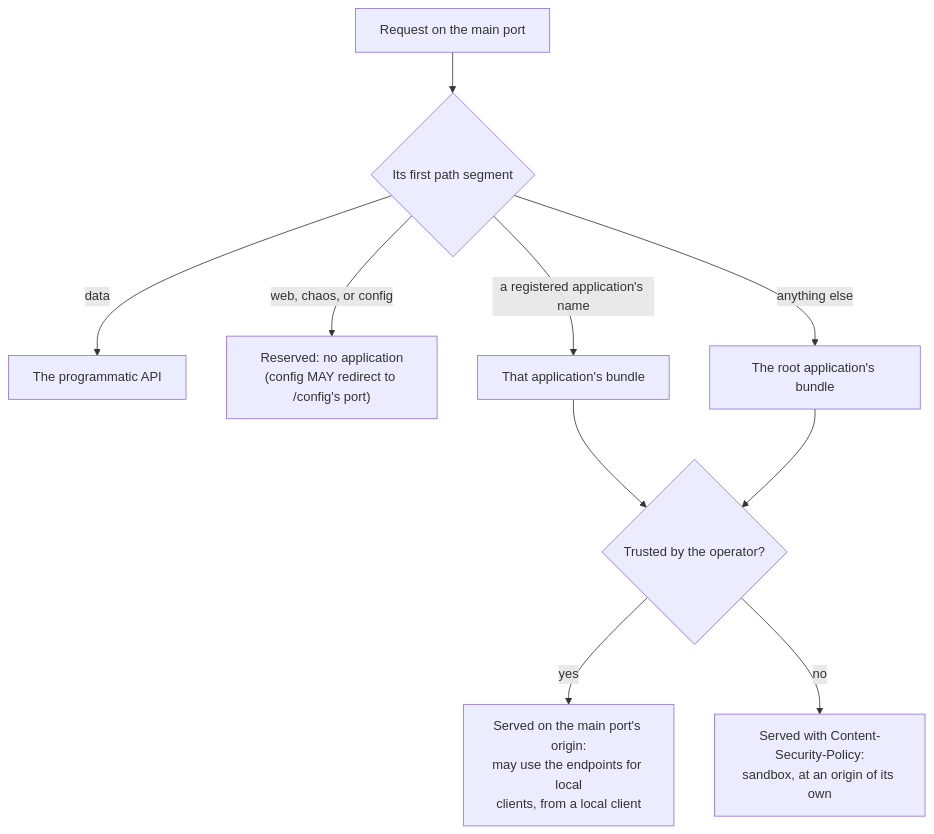
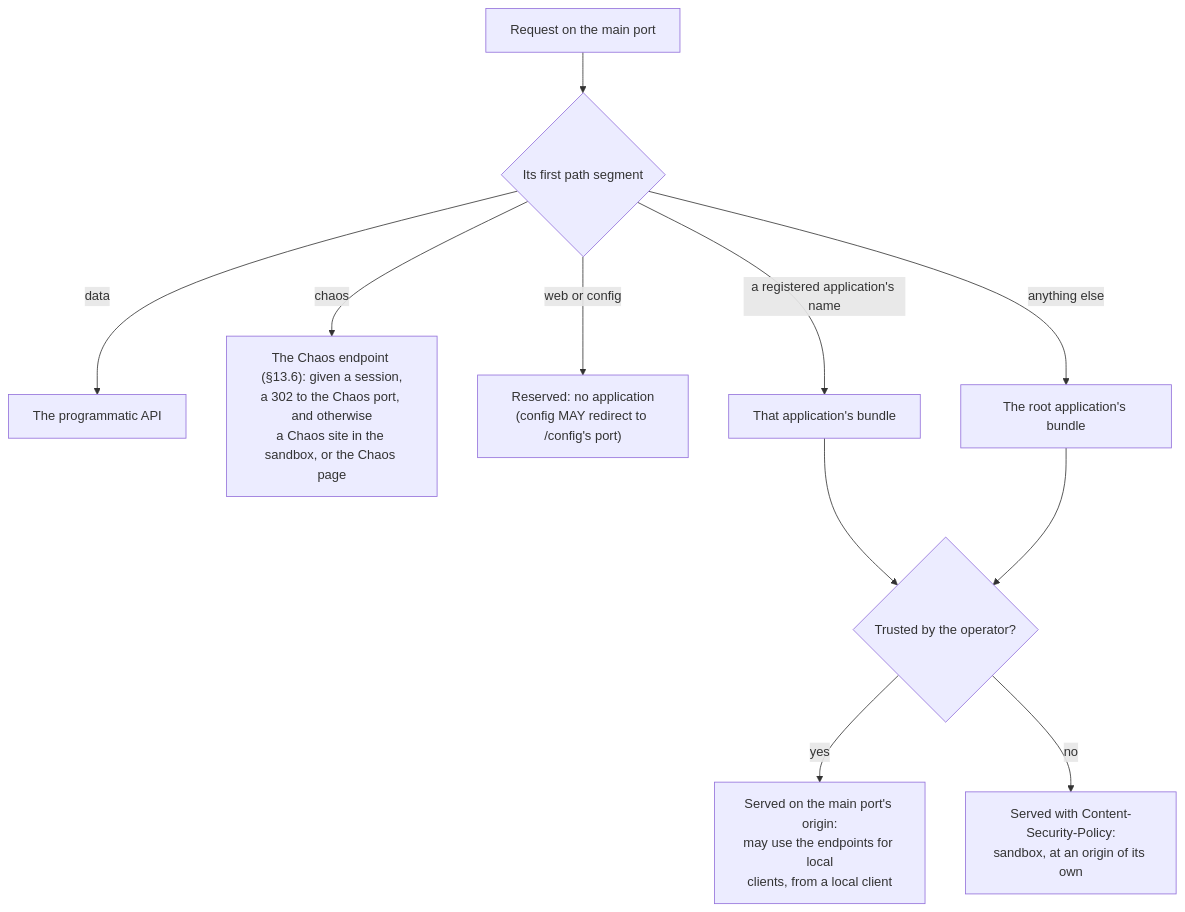
One commit to marcpage/libranet changed diagram 12 of 14 in docs/specs/HttpApi.md. Above: the diagram before and after it, drawn with Mermaid. The commit also changed other lines of this file and 4 other files, not shown here.

First line of the commit message:
Specify the Chaos endpoint (#655) (#662)

````diff
--- a/docs/specs/HttpApi.md
+++ b/docs/specs/HttpApi.md
@@ -3375,12 +3400,13 @@
 ```mermaid
 flowchart TD
     req["Request on the main port"] --> seg{"Its first path segment"}
     seg -->|data| api["The programmatic API"]
-    seg -->|"web, chaos, or config"| reserved["Reserved: no application<br/>(config MAY redirect to /config's port)"]
+    seg -->|chaos| chaos["The Chaos endpoint (§13.6): given a session,<br/>a 302 to the Chaos port, and otherwise<br/>a Chaos site in the sandbox, or the Chaos page"]
+    seg -->|"web or config"| reserved["Reserved: no application<br/>(config MAY redirect to /config's port)"]
     seg -->|"a registered application's name"| app["That application's bundle"]
     seg -->|"anything else"| rootapp["The root application's bundle"]
     app --> trusted{"Trusted by the operator?"}
     rootapp --> trusted
     trusted -->|yes| plain["Served on the main port's origin:<br/>may use the endpoints for local<br/>clients, from a local client"]
     trusted -->|no| sandbox["Served with Content-Security-Policy:<br/>sandbox, at an origin of its own"]
 ```
````
